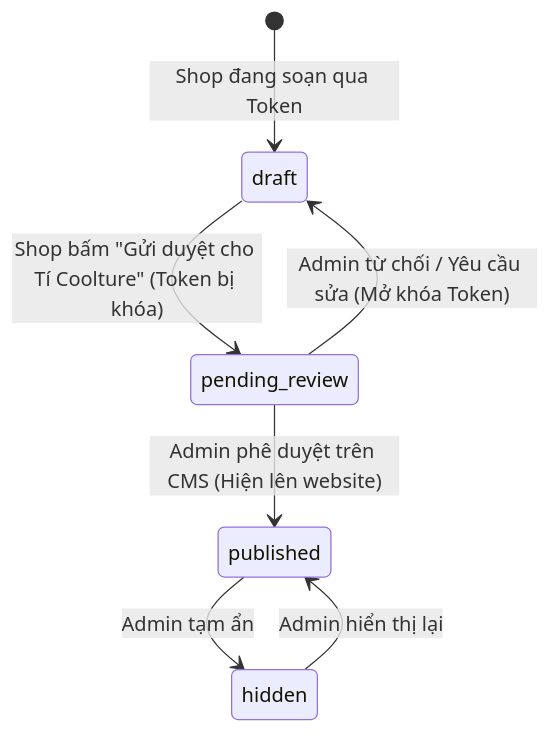
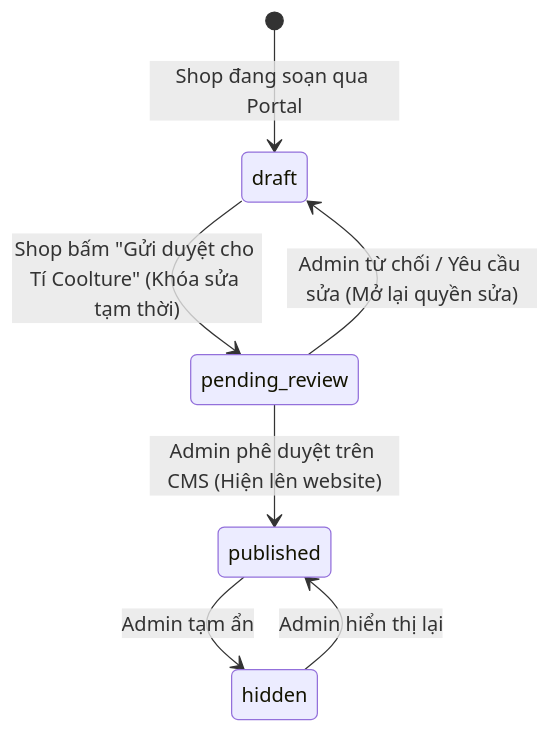
Before and after one commit to lelocle3924/ti-coolture: the second of 2 diagrams in docs/BACKEND-SRS.md, drawn with Mermaid. The commit also changed other lines of this file and 14 other files, not shown here.

Commit message:
feat(auth): step 3 - google oauth partner portal backend apis and review workflow

````diff
--- a/docs/BACKEND-SRS.md
+++ b/docs/BACKEND-SRS.md
@@ -127,9 +146,9 @@
 ```mermaid
 stateDiagram-v2
-    [*] --> draft: Shop đang soạn qua Token
-    draft --> pending_review: Shop bấm "Gửi duyệt cho Tí Coolture" (Token bị khóa)
+    [*] --> draft: Shop đang soạn qua Portal
+    draft --> pending_review: Shop bấm "Gửi duyệt cho Tí Coolture" (Khóa sửa tạm thời)
     pending_review --> published: Admin phê duyệt trên CMS (Hiện lên website)
-    pending_review --> draft: Admin từ chối / Yêu cầu sửa (Mở khóa Token)
+    pending_review --> draft: Admin từ chối / Yêu cầu sửa (Mở lại quyền sửa)
     published --> hidden: Admin tạm ẩn
     hidden --> published: Admin hiển thị lại
 ```
````
